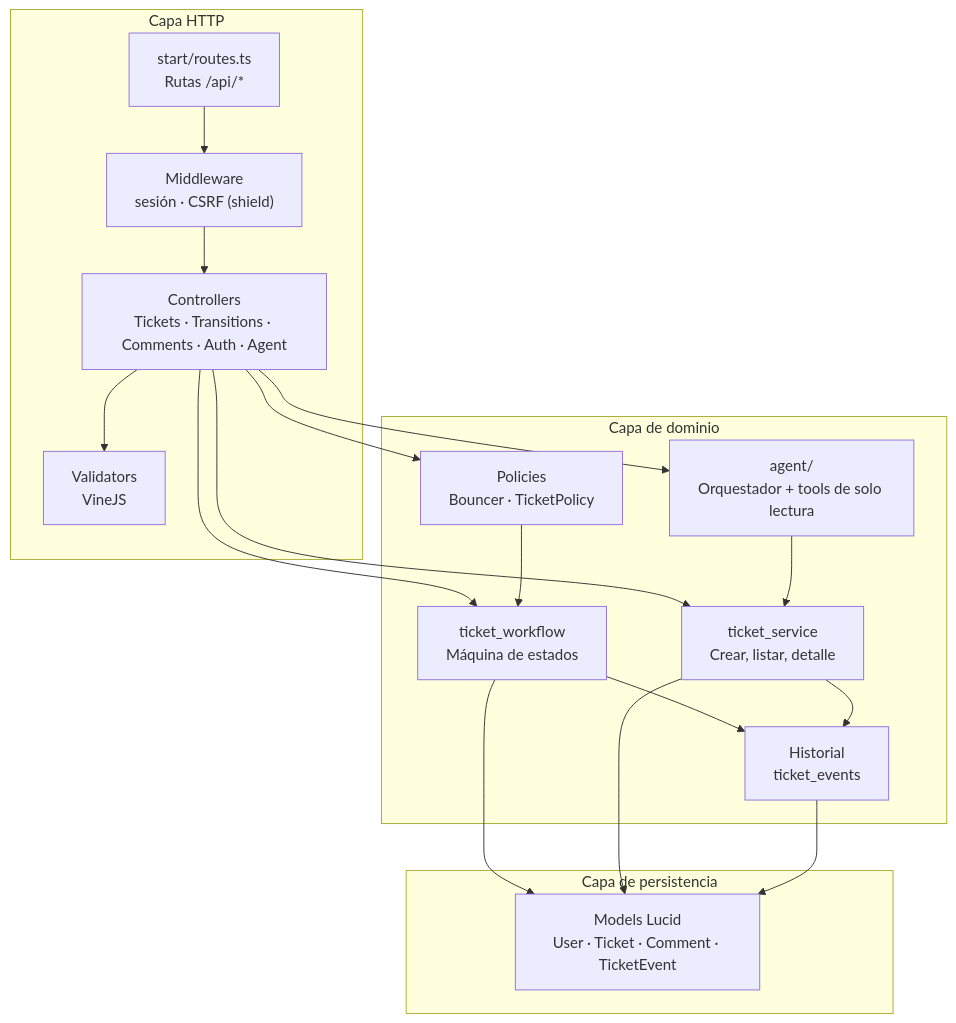
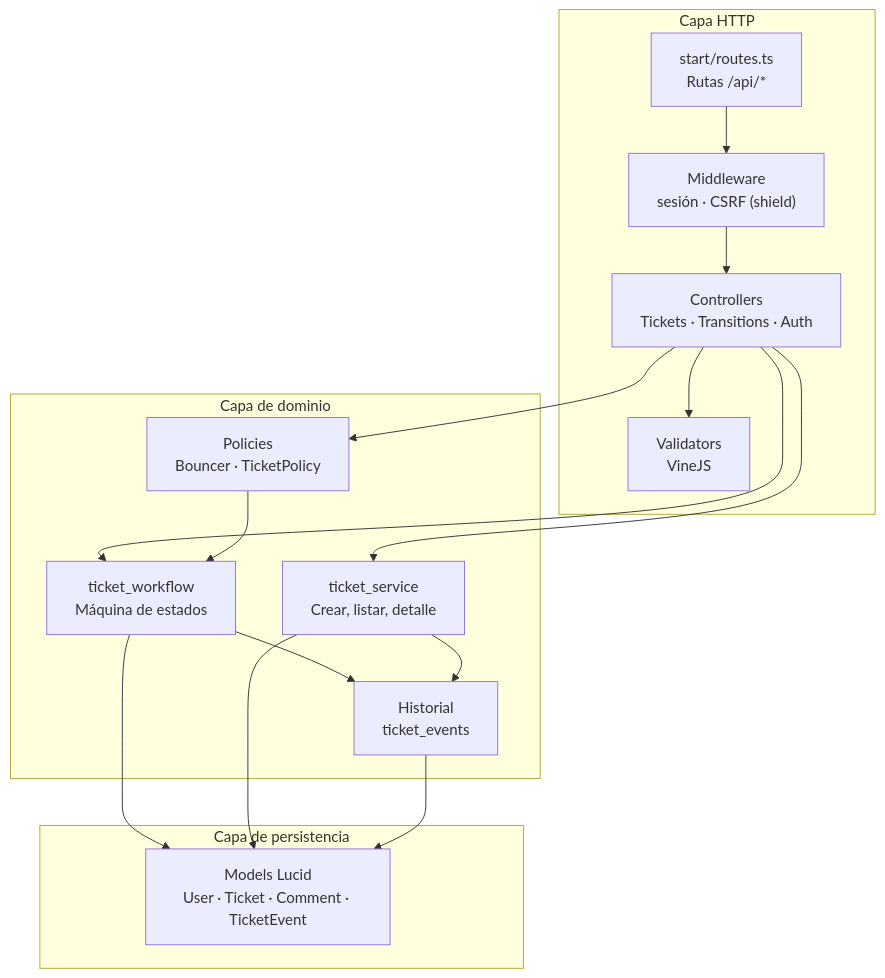
Before and after one commit to pedrolaralara/AI4Devs-finalproject: the third of 11 diagrams in ARQUITECTURA.md, drawn with Mermaid. The commit also changed other lines of this file and 26 other files, not shown here.

````diff
--- a/ARQUITECTURA.md
+++ b/ARQUITECTURA.md
@@ -123,35 +119,32 @@
 ```mermaid
 flowchart TB
     subgraph HTTP["Capa HTTP"]
         Routes["start/routes.ts<br/>Rutas /api/*"]
         MW["Middleware<br/>sesión · CSRF (shield)"]
-        Ctrl["Controllers<br/>Tickets · Transitions · Comments · Auth · Agent"]
+        Ctrl["Controllers<br/>Tickets · Transitions · Auth"]
         Val["Validators<br/>VineJS"]
     end
 
     subgraph Dominio["Capa de dominio"]
         Pol["Policies<br/>Bouncer · TicketPolicy"]
         WF["ticket_workflow<br/>Máquina de estados"]
         TS["ticket_service<br/>Crear, listar, detalle"]
         Hist["Historial<br/>ticket_events"]
-        Ag["agent/<br/>Orquestador + tools de solo lectura"]
     end
 
     subgraph Persistencia["Capa de persistencia"]
         Models["Models Lucid<br/>User · Ticket · Comment · TicketEvent"]
     end
 
     Routes --> MW --> Ctrl
     Ctrl --> Val
     Ctrl --> Pol
     Ctrl --> TS
     Ctrl --> WF
-    Ctrl --> Ag
     Pol --> WF
     WF --> Hist
     TS --> Hist
-    Ag --> TS
     WF --> Models
     TS --> Models
     Hist --> Models
 ```
````
